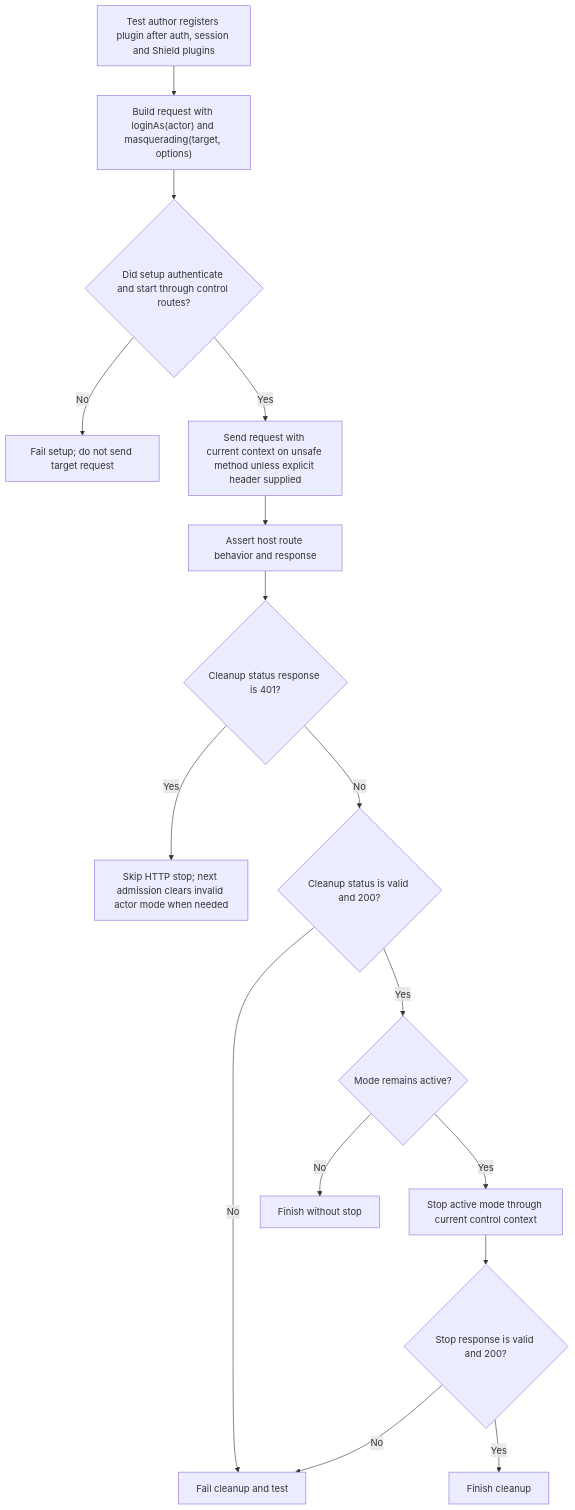
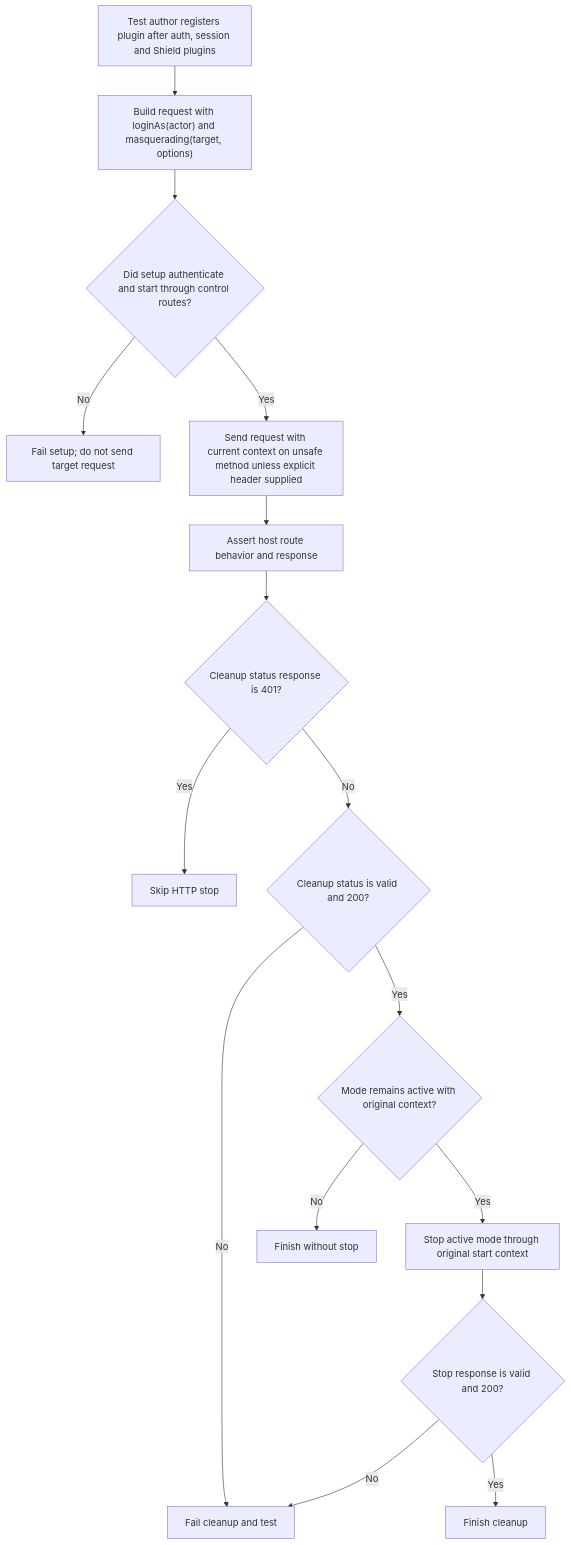
One commit to Kevinjohn/oss-adonisjs-masquerade changed the first of 2 diagrams in user-stories/testing/us-testing-01-api-client-masquerading.md. Above: the diagram before and after it, drawn with Mermaid. The commit also changed other lines of this file and 26 other files, not shown here.

````diff
--- a/user-stories/testing/us-testing-01-api-client-masquerading.md
+++ b/user-stories/testing/us-testing-01-api-client-masquerading.md
@@ -22,18 +22,18 @@
 ```mermaid
 flowchart TD
  A["Test author registers plugin after auth, session and Shield plugins"] --> B["Build request with loginAs(actor) and masquerading(target, options)"]
  B --> C{"Did setup authenticate and start through control routes?"}
  C -->|No| D["Fail setup; do not send target request"]
  C -->|Yes| E["Send request with current context on unsafe method unless explicit header supplied"]
  E --> F["Assert host route behavior and response"]
  F --> G{"Cleanup status response is 401?"}
- G -->|Yes| H["Skip HTTP stop; next admission clears invalid actor mode when needed"]
+ G -->|Yes| H["Skip HTTP stop"]
  G -->|No| J{"Cleanup status is valid and 200?"}
  J -->|No| K["Fail cleanup and test"]
- J -->|Yes| L{"Mode remains active?"}
+ J -->|Yes| L{"Mode remains active with original context?"}
  L -->|No| M["Finish without stop"]
- L -->|Yes| I["Stop active mode through current control context"]
+ L -->|Yes| I["Stop active mode through original start context"]
  I --> N{"Stop response is valid and 200?"}
  N -->|No| K
  N -->|Yes| O["Finish cleanup"]
 ```
````
